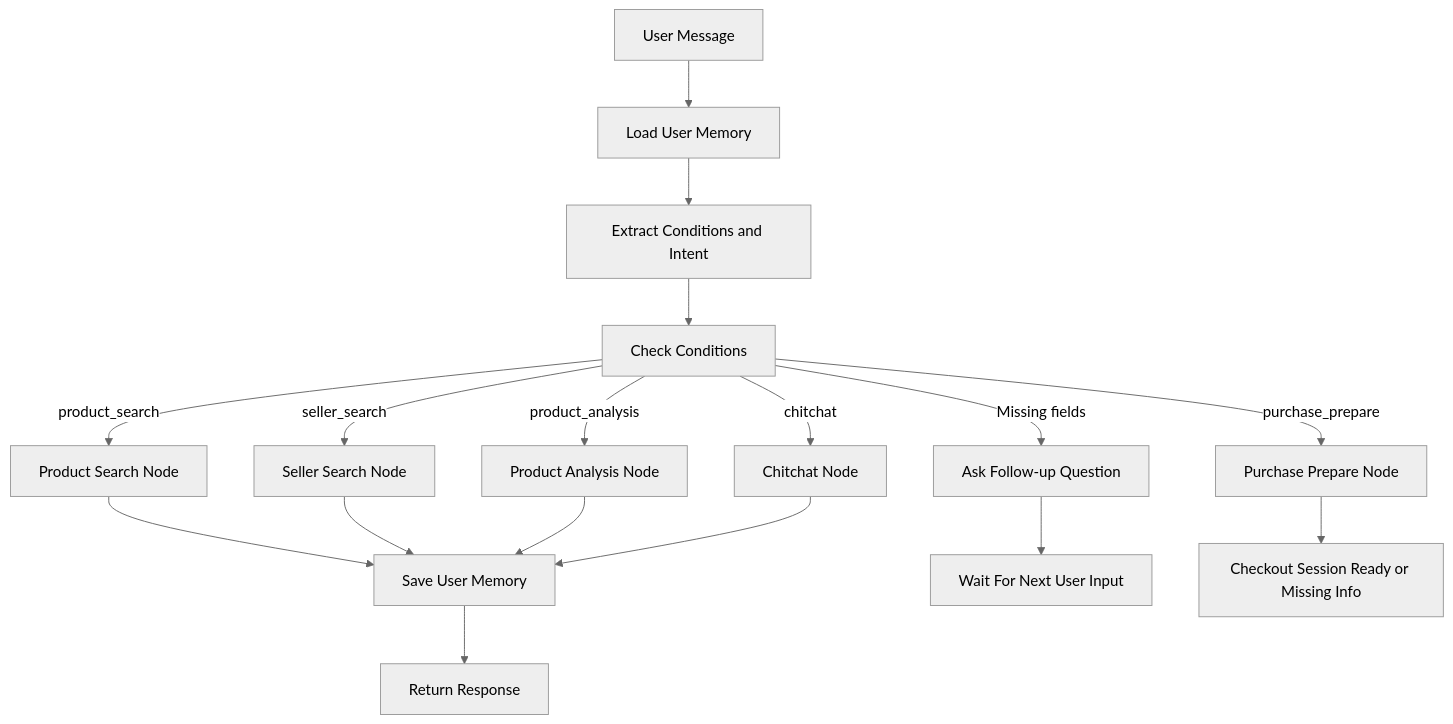
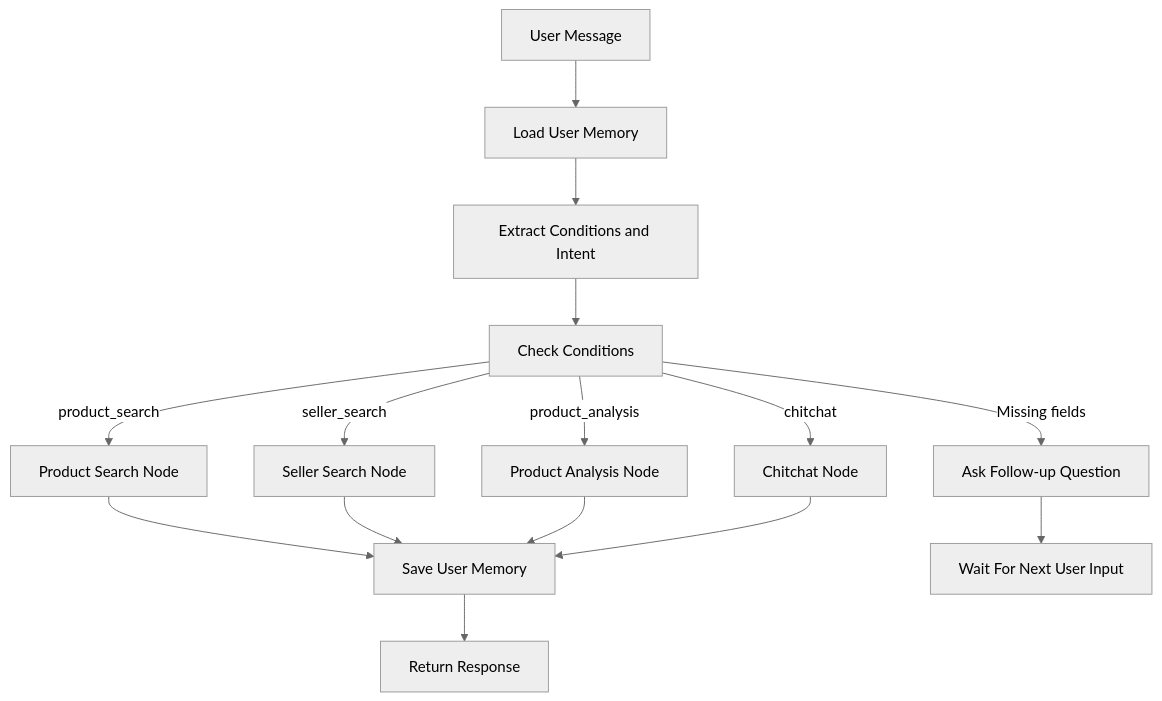
The second of 3 diagrams in README.md (DataChuLee/buyer-agent-web), drawn with Mermaid (neutral theme) before and after one commit. The commit also changed other lines of this file, not shown here.

First line of the commit message:
docs(readme): add key results summary and remove unfinished purchase automation

````diff
--- a/README.md
+++ b/README.md
@@ -148,22 +135,20 @@
 ```mermaid
 flowchart TD
     A[User Message] --> B[Load User Memory]
     B --> C[Extract Conditions and Intent]
     C --> D[Check Conditions]
 
     D -->|Missing fields| E[Ask Follow-up Question]
     D -->|product_search| F[Product Search Node]
     D -->|seller_search| G[Seller Search Node]
     D -->|product_analysis| H[Product Analysis Node]
-    D -->|purchase_prepare| I[Purchase Prepare Node]
     D -->|chitchat| J[Chitchat Node]
 
     F --> K[Save User Memory]
     G --> K
     H --> K
     J --> K
 
     E --> L[Wait For Next User Input]
-    I --> M[Checkout Session Ready or Missing Info]
     K --> N[Return Response]
 ```
````
